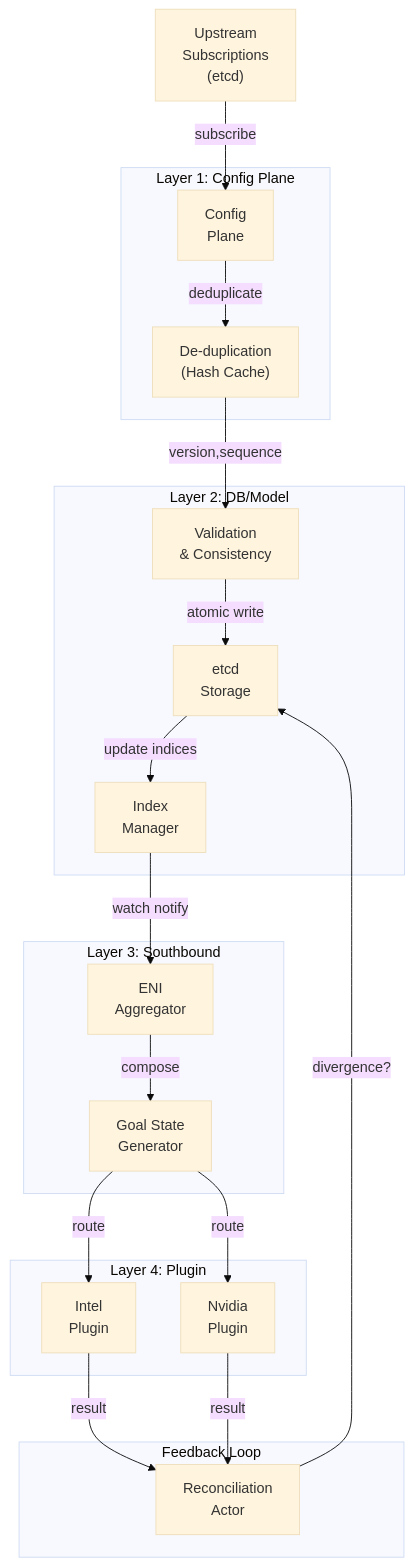
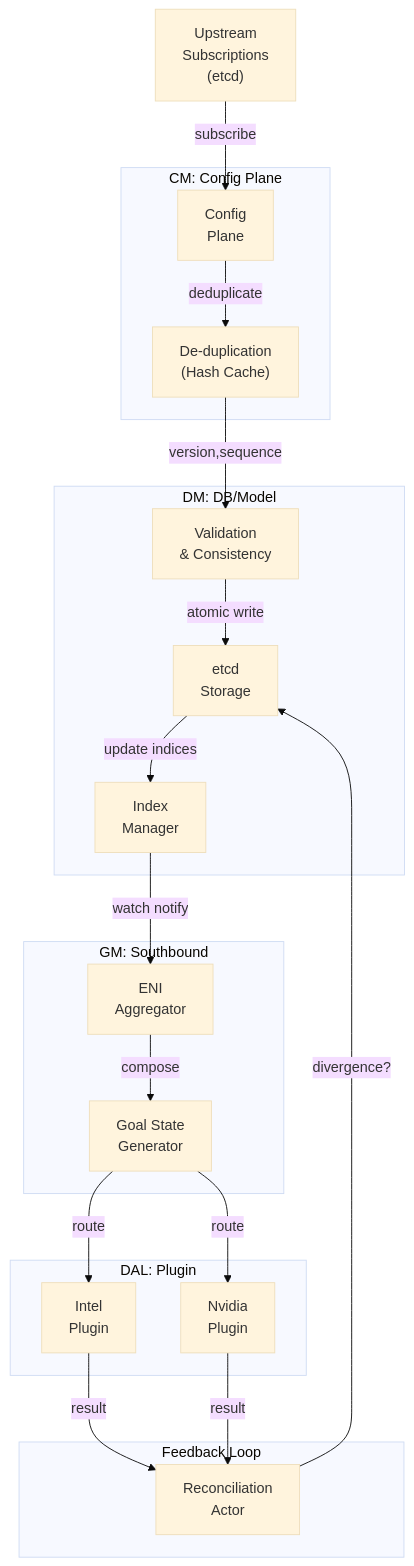
One commit to rashmirrout/DashFabric changed the diagram in docs/FM-Designs/FM_ARCHITECTURE_SPEC.md. Above: the diagram before and after it, drawn with Mermaid (base theme). The commit also changed other lines of this file and 32 other files, not shown here.

````diff
--- a/docs/FM-Designs/FM_ARCHITECTURE_SPEC.md
+++ b/docs/FM-Designs/FM_ARCHITECTURE_SPEC.md
@@ -418,42 +418,42 @@
 ```mermaid
 graph TB
     UP["Upstream<br/>Subscriptions<br/>(etcd)"]
     
-    subgraph L1["Layer 1: Config Plane"]
+    subgraph L1["CM: Config Plane"]
         CP["Config<br/>Plane"]
         Dedup["De-duplication<br/>(Hash Cache)"]
     end
     
-    subgraph L2["Layer 2: DB/Model"]
+    subgraph L2["DM: DB/Model"]
         Validation["Validation<br/>& Consistency"]
         Storage["etcd<br/>Storage"]
         Indices["Index<br/>Manager"]
     end
     
-    subgraph L3["Layer 3: Southbound"]
+    subgraph L3["GM: Southbound"]
         ENIAgg["ENI<br/>Aggregator"]
         GSGen["Goal State<br/>Generator"]
     end
     
-    subgraph L4["Layer 4: Plugin"]
+    subgraph L4["DAL: Plugin"]
         Intel["Intel<br/>Plugin"]
         Nvidia["Nvidia<br/>Plugin"]
     end
     
     subgraph Feedback["Feedback Loop"]
         Recon["Reconciliation<br/>Actor"]
     end
     
     UP -->|subscribe| CP
     CP -->|deduplicate| Dedup
     Dedup -->|version,sequence| Validation
     Validation -->|atomic write| Storage
     Storage -->|update indices| Indices
     Indices -->|watch notify| ENIAgg
     ENIAgg -->|compose| GSGen
     GSGen -->|route| Intel
     GSGen -->|route| Nvidia
     Intel -->|result| Recon
     Nvidia -->|result| Recon
     Recon -->|divergence?| Storage
 ```
````
